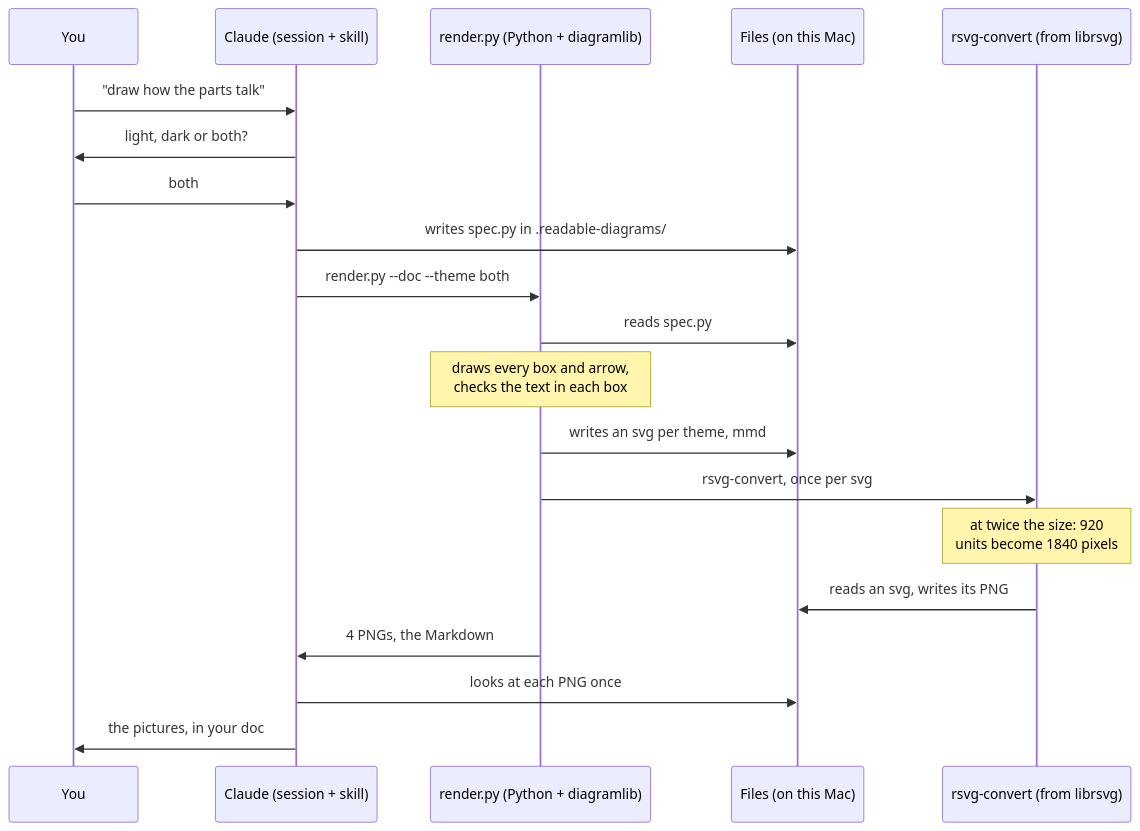
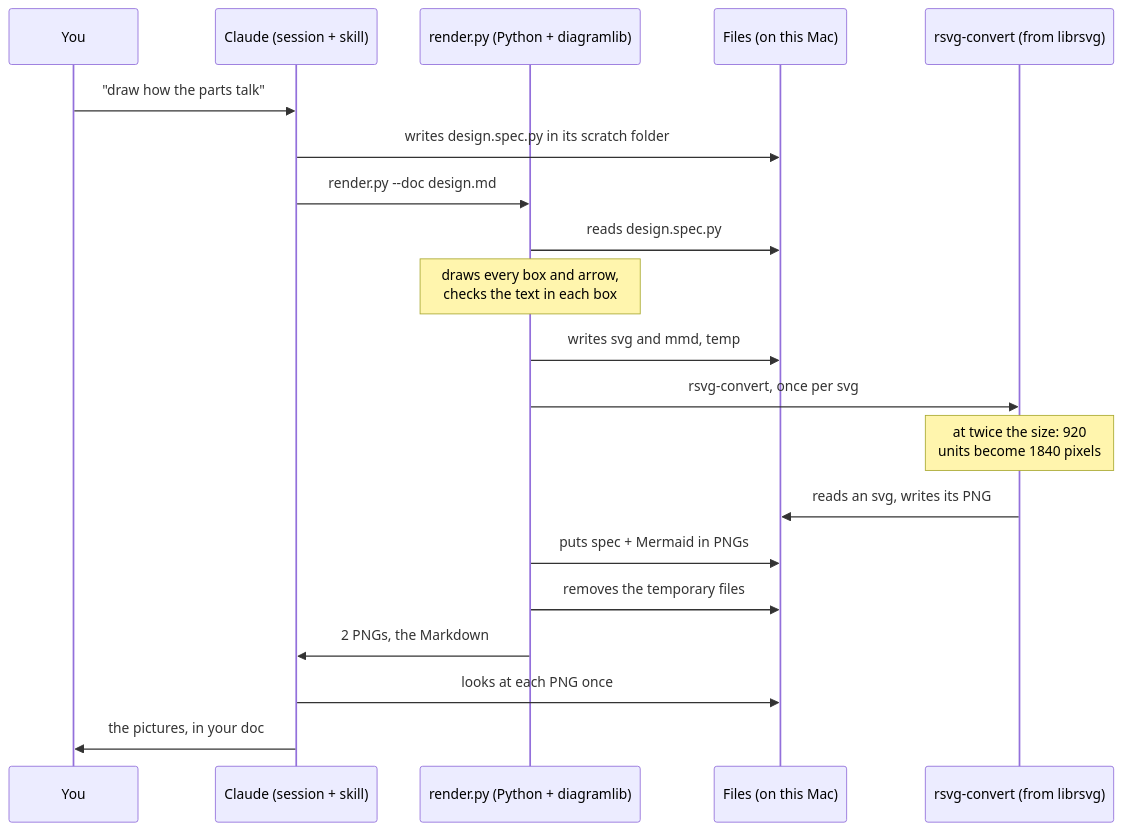
The second of 2 diagrams in skills/readable-diagrams/HOW-IT-WORKS.md (DanTanzer/dans-skills), drawn with Mermaid before and after one commit. The commit also changed other lines of this file and 15 other files, not shown here.

First line of the commit message:
readable-diagrams: spec inside each PNG, light by default, readable-diagrams/<doc>/ folders (#4)

````diff
--- a/skills/readable-diagrams/HOW-IT-WORKS.md
+++ b/skills/readable-diagrams/HOW-IT-WORKS.md
@@ -68,22 +68,22 @@
 ```mermaid
 sequenceDiagram
   participant U as You
   participant C as Claude (session + skill)
   participant R as render.py (Python + diagramlib)
   participant F as Files (on this Mac)
   participant X as rsvg-convert (from librsvg)
   U->>C: "draw how the parts talk"
-  C->>U: light, dark or both?
-  U->>C: both
-  C->>F: writes spec.py in .readable-diagrams/
-  C->>R: render.py --doc --theme both
-  R->>F: reads spec.py
+  C->>F: writes design.spec.py in its scratch folder
+  C->>R: render.py --doc design.md
+  R->>F: reads design.spec.py
   Note over R: draws every box and arrow,<br/>checks the text in each box
-  R->>F: writes an svg per theme, mmd
+  R->>F: writes svg and mmd, temp
   R->>X: rsvg-convert, once per svg
   Note over X: at twice the size: 920<br/>units become 1840 pixels
   X->>F: reads an svg, writes its PNG
-  R->>C: 4 PNGs, the Markdown
+  R->>F: puts spec + Mermaid in PNGs
+  R->>F: removes the temporary files
+  R->>C: 2 PNGs, the Markdown
   C->>F: looks at each PNG once
   C->>U: the pictures, in your doc
 ```
````
